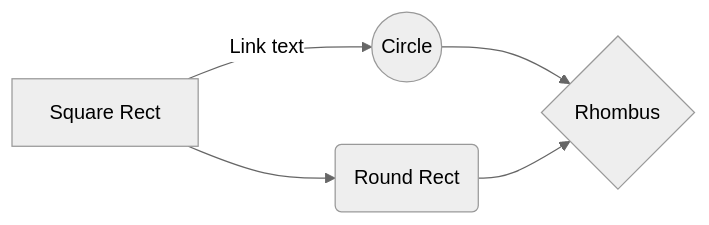
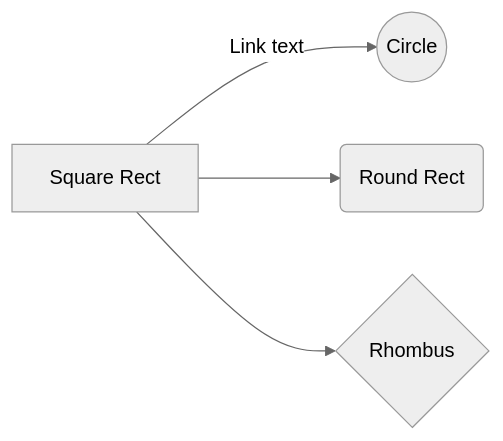
The diagram in README.md (owennewo/SimpleCAN), drawn with Mermaid (neutral theme) before and after one commit. The commit also changed other lines of this file, not shown here.

````diff
--- a/README.md
+++ b/README.md
@@ -157,7 +40,7 @@
 ```mermaid
 graph LR
-A[Square Rect] -- Link text --> B((Circle))
-A --> C(Round Rect)
-B --> D{Rhombus}
-C --> D
+base_can[Square Rect] -- Link text --> stm/can((Circle))
+base_can --> stm/fdcan(Round Rect)
+base_can --> esp/twai/{Rhombus}
+
 ```
````
